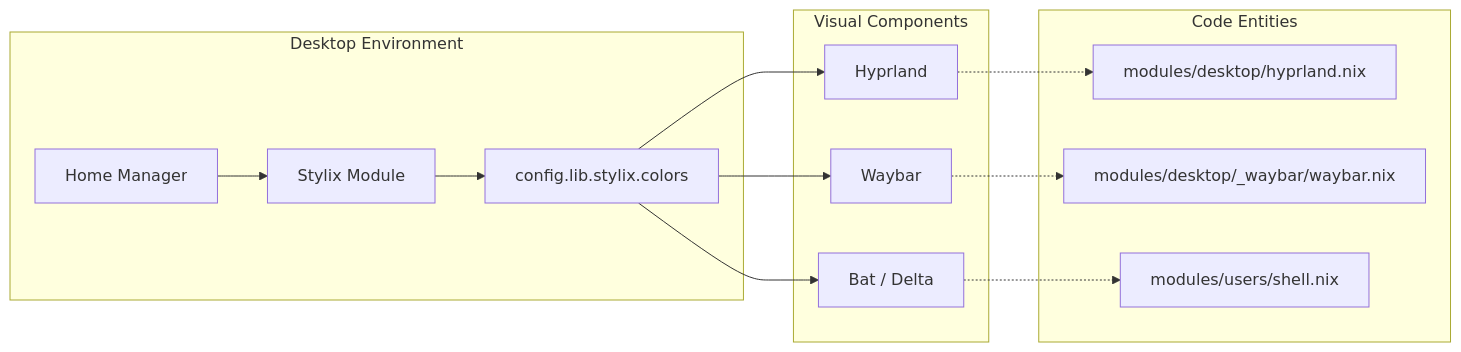
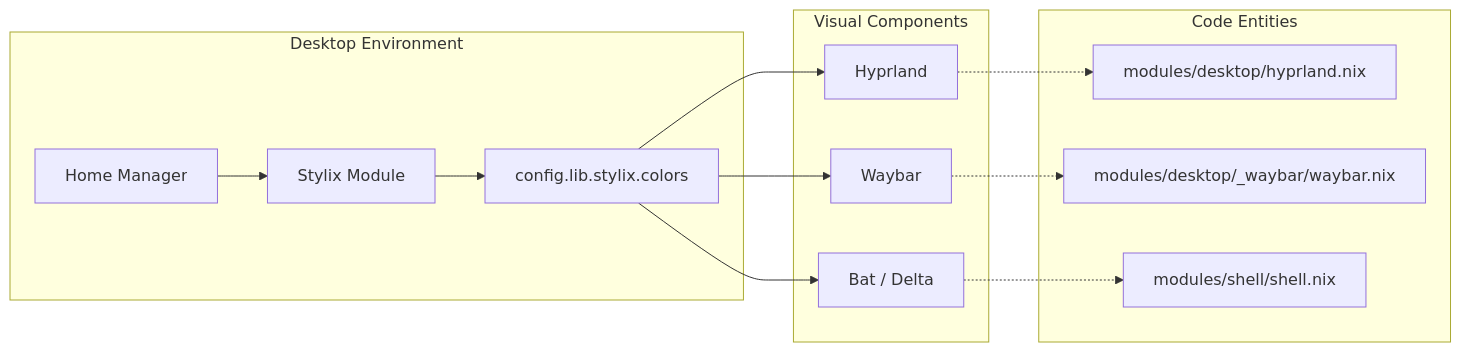
The second of 2 diagrams in docs/Theming-and-Styling-(Stylix).md (Cody-W-Tucker/nix-config), drawn with Mermaid before and after one commit. The commit also changed other lines of this file and 10 other files, not shown here.

````diff
--- a/docs/Theming-and-Styling-(Stylix).md
+++ b/docs/Theming-and-Styling-(Stylix).md
@@ -79,26 +79,26 @@
 ```mermaid
 flowchart LR
     subgraph subGraph2 ["Code Entities"]
         HYP_CODE["modules/desktop/hyprland.nix"]
         WB_CODE["modules/desktop/_waybar/waybar.nix"]
-        PROG_CODE["modules/users/shell.nix"]
+        PROG_CODE["modules/shell/shell.nix"]
     end
     subgraph subGraph1 ["Visual Components"]
         HYP["Hyprland"]
         WB["Waybar"]
         BAT["Bat / Delta"]
     end
     subgraph subGraph0 ["Desktop Environment"]
         HM["Home Manager"]
         ST["Stylix Module"]
         COLORS["config.lib.stylix.colors"]
     end
     HM --> ST
     ST --> COLORS
     COLORS --> HYP
     COLORS --> WB
     COLORS --> BAT
     HYP -.-> HYP_CODE
     WB -.-> WB_CODE
     BAT -.-> PROG_CODE
 ```
````
